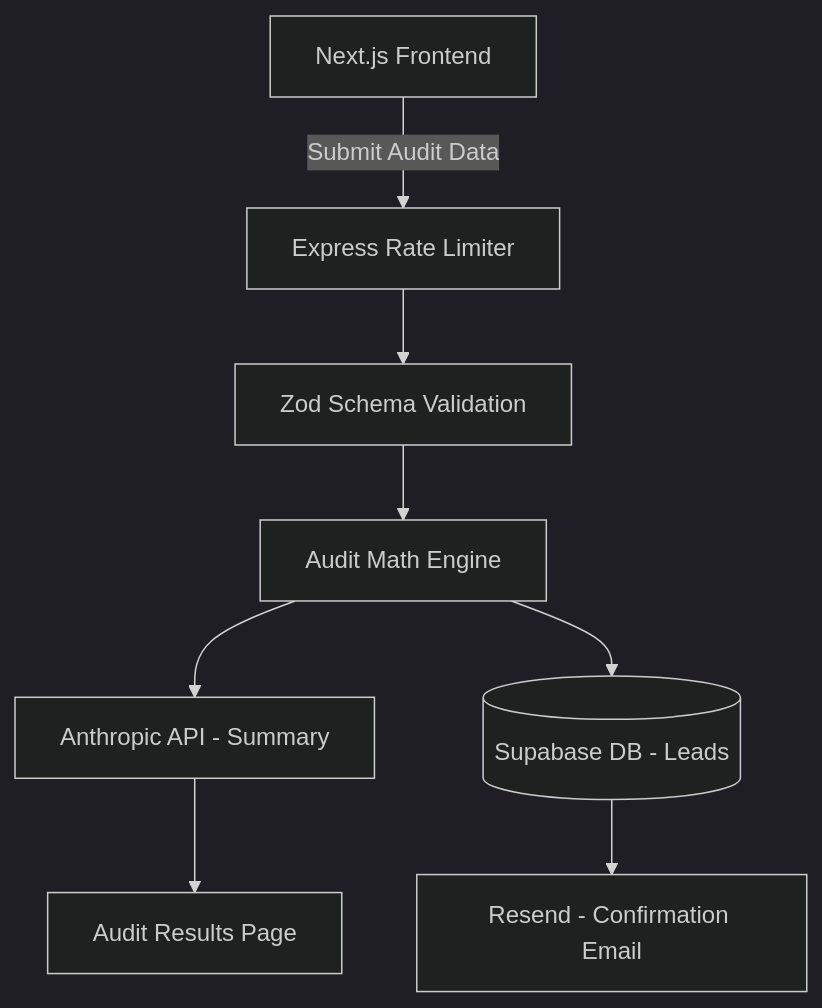
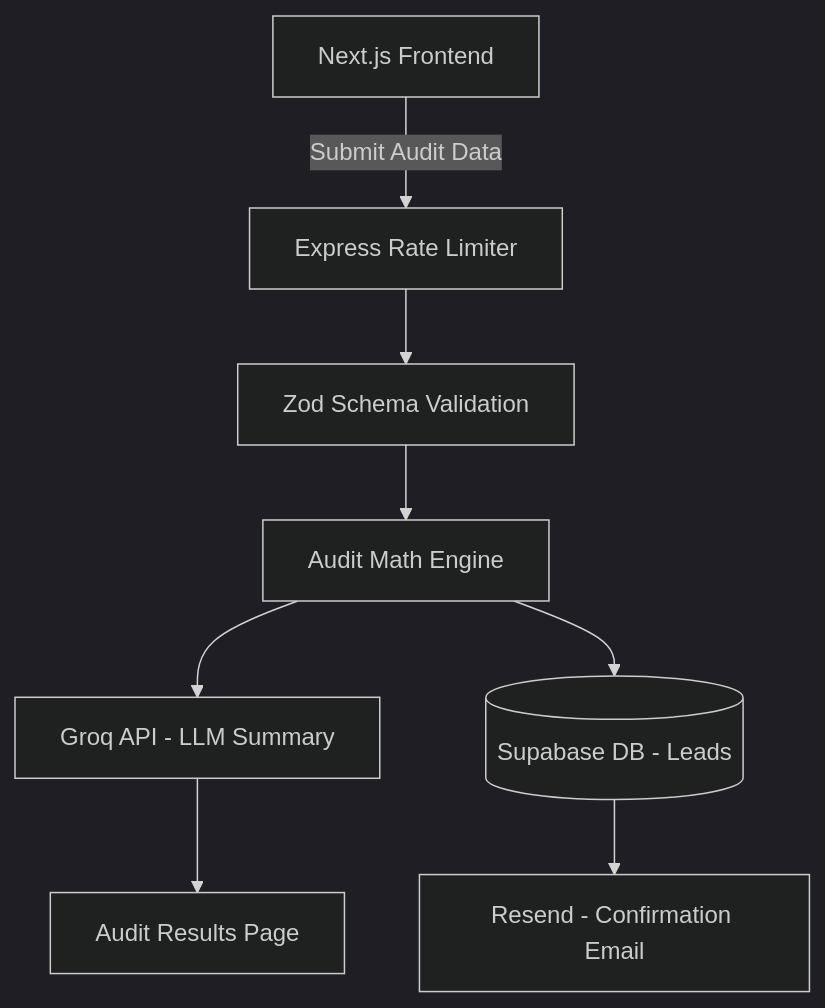
The diagram in ARCHITECTURE.md (subhaushsingh/Credex-Audit), drawn with Mermaid (dark theme) before and after one commit. The commit also changed other lines of this file and 9 other files, not shown here.

````diff
--- a/ARCHITECTURE.md
+++ b/ARCHITECTURE.md
@@ -4,10 +5,10 @@
 ```mermaid
 graph TD
     Client[Next.js Frontend] -->|Submit Audit Data| RateLimiter[Express Rate Limiter]
     RateLimiter --> Validator[Zod Schema Validation]
     Validator --> Engine[Audit Math Engine]
-    Engine --> AI[Anthropic API - Summary]
+    Engine --> AI[Groq API - LLM Summary]
     Engine --> DB[(Supabase DB - Leads)]
     AI --> Response[Audit Results Page]
     DB --> Email[Resend - Confirmation Email]
 ```
````
